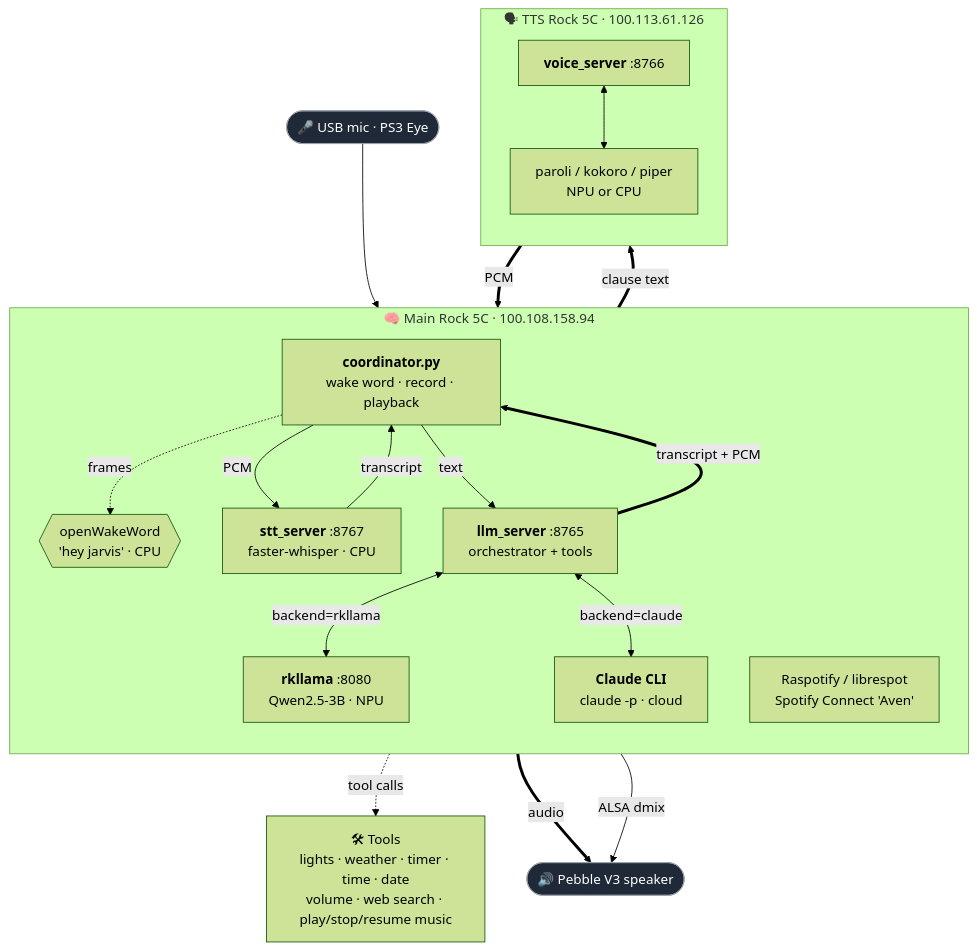
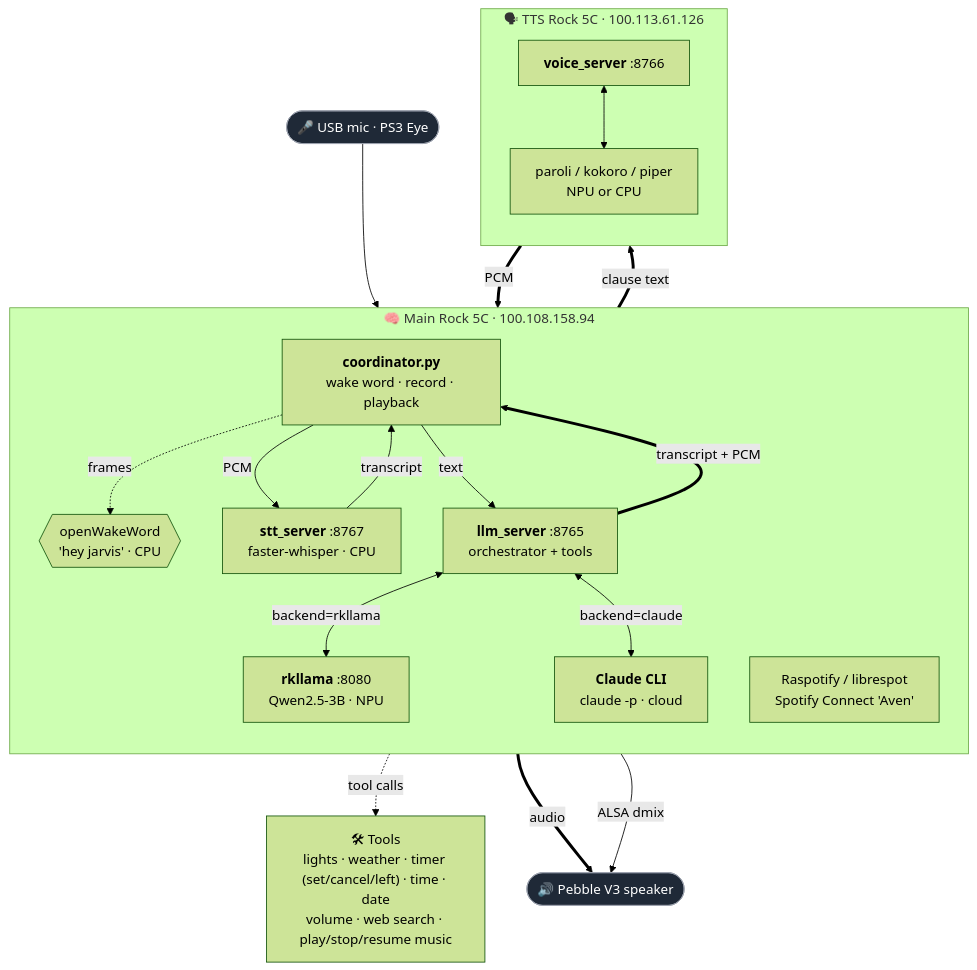
One commit to Melonmain/Aven changed the first of 2 diagrams in README.md. Above: the diagram before and after it, drawn with Mermaid (forest theme). The commit also changed other lines of this file and 2 other files, not shown here.

Commit message:
Add cancel_timer and timer_time_left tools
Timers live on the coordinator (only it has the speaker), so the two new
tools emit control events the coordinator resolves and speaks itself:
cancel_timer -> {type: cancel_timer}, timer_time_left -> {type: query_timer}.
Both return an empty server reply (handle_tool_calls no longer forces a
stray 'Okay' when a tool only emits a control event).

Coordinator: track each timer's deadline (+ a lock) so it can report the
time left and cancel pending timers; speak the result after the turn,
under the playback lock.

````diff
--- a/README.md
+++ b/README.md
@@ -25,41 +25,41 @@
 ```mermaid
 flowchart TB
     mic([🎤 USB mic · PS3 Eye]):::hw
     spk([🔊 Pebble V3 speaker]):::hw
 
     subgraph main["🧠 Main Rock 5C · 100.108.158.94"]
         direction TB
         coord["<b>coordinator.py</b><br/>wake word · record · playback"]
         ww{{"openWakeWord<br/>'hey jarvis' · CPU"}}
         stt["<b>stt_server</b> :8767<br/>faster-whisper · CPU"]
         llm["<b>llm_server</b> :8765<br/>orchestrator + tools"]
         rk["<b>rkllama</b> :8080<br/>Qwen2.5-3B · NPU"]
         cl["<b>Claude CLI</b><br/>claude -p · cloud"]
         rasp["Raspotify / librespot<br/>Spotify Connect 'Aven'"]
 
         coord -.->|frames| ww
         coord -->|PCM| stt -->|transcript| coord
         coord -->|text| llm
         llm <-->|backend=rkllama| rk
         llm <-->|backend=claude| cl
     end
 
     subgraph ttsb["🗣 TTS Rock 5C · 100.113.61.126"]
         direction TB
         voice["<b>voice_server</b> :8766"]
         engine["paroli / kokoro / piper<br/>NPU or CPU"]
         voice <--> engine
     end
 
-    tools["🛠 Tools<br/>lights · weather · timer · time · date<br/>volume · web search · play/stop/resume music"]
+    tools["🛠 Tools<br/>lights · weather · timer (set/cancel/left) · time · date<br/>volume · web search · play/stop/resume music"]
 
     mic --> coord
     llm -.->|tool calls| tools
     llm ==>|clause text| voice
     voice ==>|PCM| llm
     llm ==>|transcript + PCM| coord
     coord ==>|audio| spk
     rasp -->|ALSA dmix| spk
 
     classDef hw fill:#1f2937,stroke:#9ca3af,color:#fff;
 ```
````
